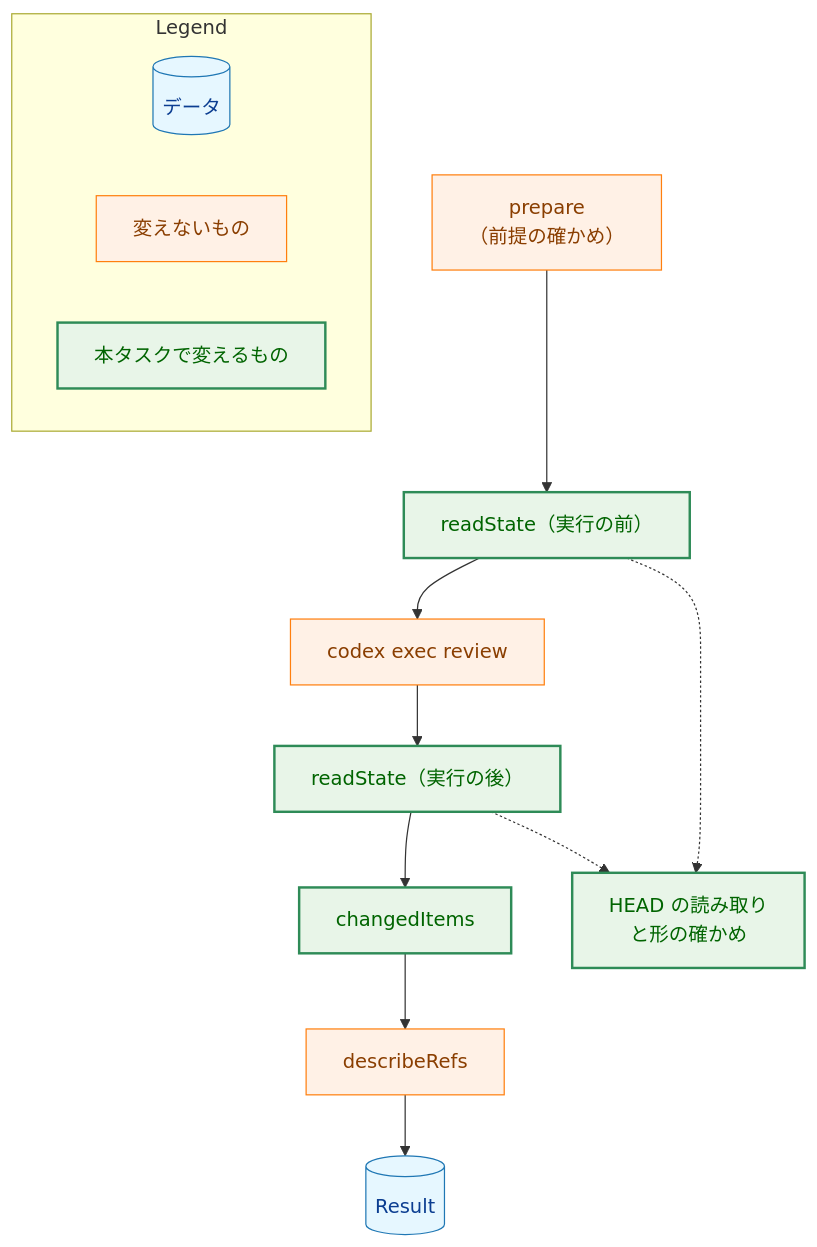
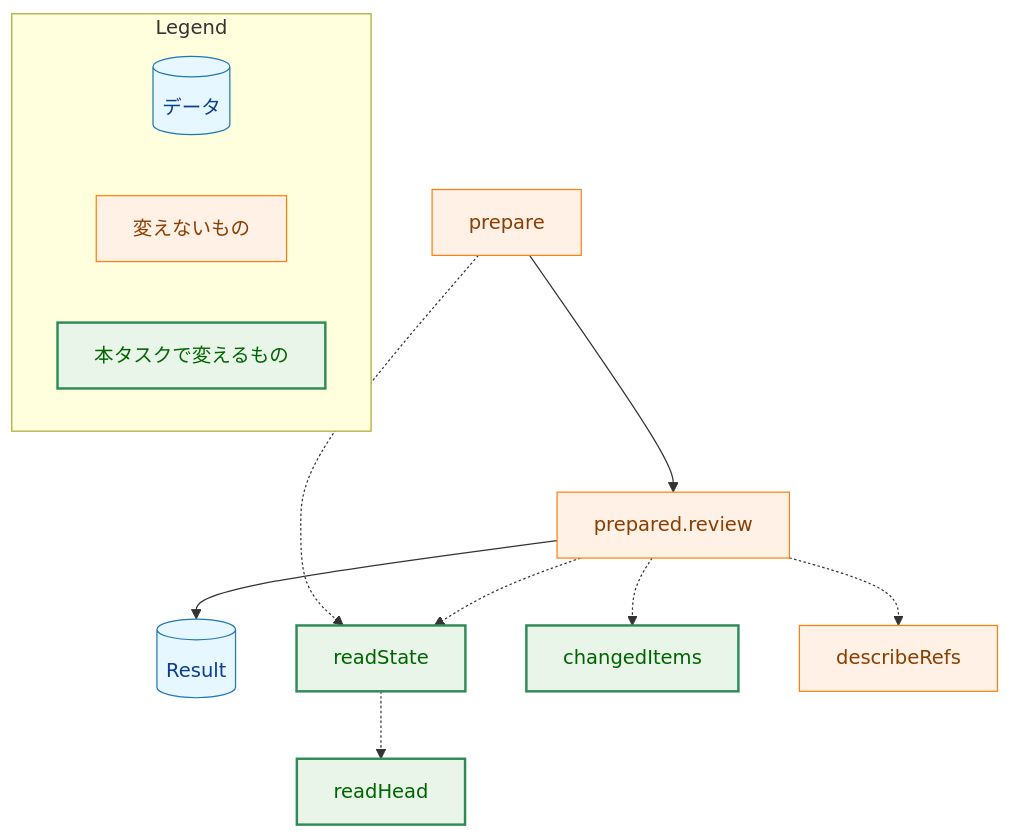
One commit to isseis/yt2column changed the second of 4 diagrams in docs/tasks/0079_codexreview_state_scope/02_architecture.md. Above: the diagram before and after it, drawn with Mermaid. The commit also changed other lines of this file, not shown here.

First line of the commit message:
docs(0079): address design review and prose findings in the architecture

````diff
--- a/docs/tasks/0079_codexreview_state_scope/02_architecture.md
+++ b/docs/tasks/0079_codexreview_state_scope/02_architecture.md
@@ -107,37 +109,35 @@
 ```mermaid
 flowchart TD
     classDef data fill:#e6f7ff,stroke:#1f77b4,stroke-width:1px,color:#0b3d91;
     classDef process fill:#fff1e6,stroke:#ff7f0e,stroke-width:1px,color:#8a3e00;
     classDef enhanced fill:#e8f5e8,stroke:#2e8b57,stroke-width:2px,color:#006400;
 
-    PREP["prepare<br>（前提の確かめ）"]
-    READ1["readState（実行の前）"]
-    CODEX["codex exec review"]
-    READ2["readState（実行の後）"]
+    PREP["prepare"]
+    REVIEW["prepared.review"]
+    RESULT[("Result")]
+    READ["readState"]
+    HEADR["readHead"]
     DIFF["changedItems"]
     DESC["describeRefs"]
-    RESULT[("Result")]
-    HEADR["HEAD の読み取り<br>と形の確かめ"]
 
-    PREP --> READ1
-    READ1 --> CODEX
-    CODEX --> READ2
-    READ2 --> DIFF
-    DIFF --> DESC
-    DESC --> RESULT
-    READ1 -.-> HEADR
-    READ2 -.-> HEADR
+    PREP --> REVIEW
+    REVIEW --> RESULT
+    PREP -.-> READ
+    REVIEW -.-> READ
+    READ -.-> HEADR
+    REVIEW -.-> DIFF
+    REVIEW -.-> DESC
 
-    class PREP,CODEX,DESC process
-    class READ1,READ2,DIFF,HEADR enhanced
+    class PREP,REVIEW,DESC process
+    class READ,HEADR,DIFF enhanced
     class RESULT data
 
     subgraph Legend["Legend"]
         L1[("データ")]
         L2["変えないもの"]
         L3["本タスクで変えるもの"]
     end
     class L1 data
     class L2 process
     class L3 enhanced
 ```
````
